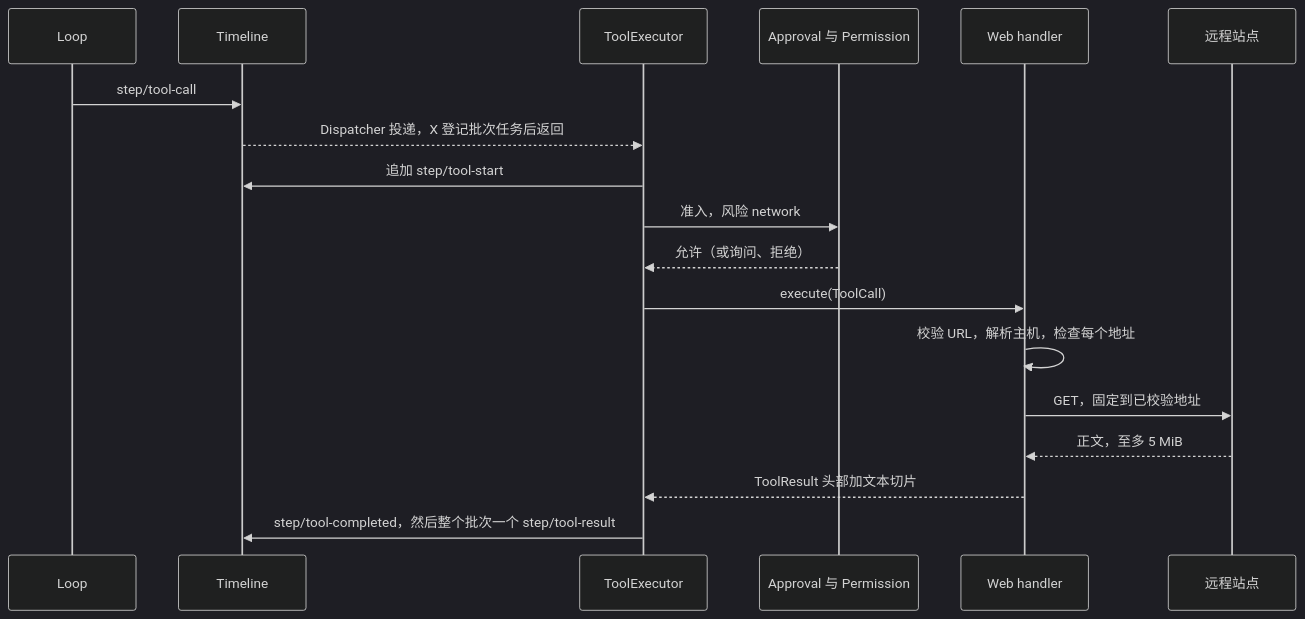
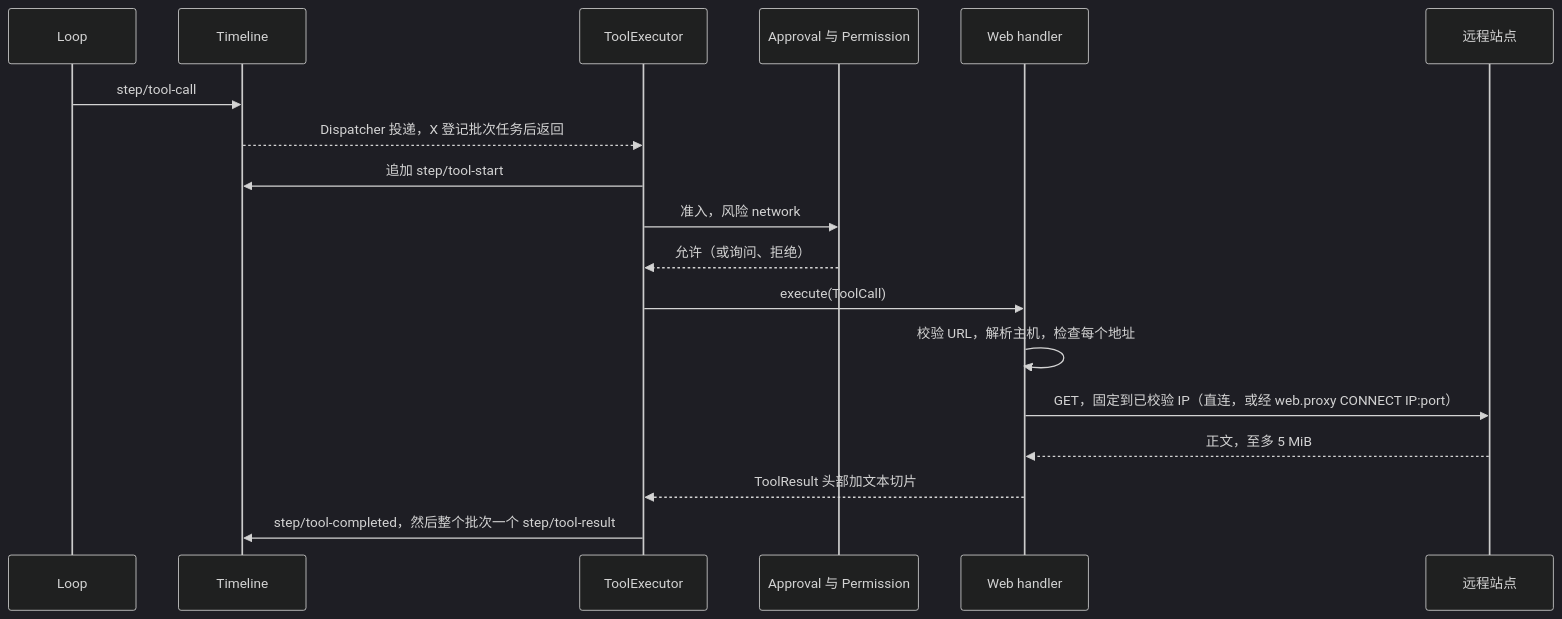
Before and after one commit to CoutinhoTTS/dim-agent: the third of 5 diagrams in docs/zh/design/plugins/Web.md, drawn with Mermaid (dark theme). The commit also changed other lines of this file and 40 other files, not shown here.

````diff
--- a/docs/zh/design/plugins/Web.md
+++ b/docs/zh/design/plugins/Web.md
@@ -64,20 +64,20 @@
 ```mermaid
 sequenceDiagram
   participant L as Loop
   participant TL as Timeline
   participant X as ToolExecutor
   participant A as Approval 与 Permission
   participant W as Web handler
   participant N as 远程站点
   L->>TL: step/tool-call
   TL-->>X: Dispatcher 投递，X 登记批次任务后返回
   X->>TL: 追加 step/tool-start
   X->>A: 准入，风险 network
   A-->>X: 允许（或询问、拒绝）
   X->>W: execute(ToolCall)
   W->>W: 校验 URL，解析主机，检查每个地址
-  W->>N: GET，固定到已校验地址
+  W->>N: GET，固定到已校验 IP（直连，或经 web.proxy CONNECT IP:port）
   N-->>W: 正文，至多 5 MiB
   W-->>X: ToolResult 头部加文本切片
   X->>TL: step/tool-completed，然后整个批次一个 step/tool-result
 ```
````
